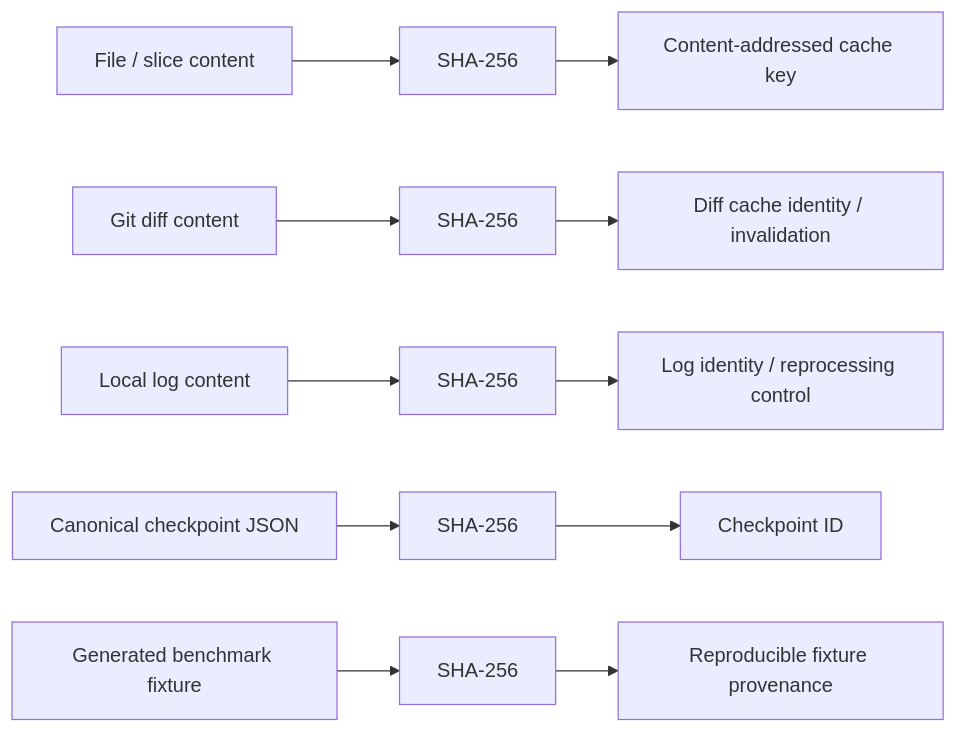
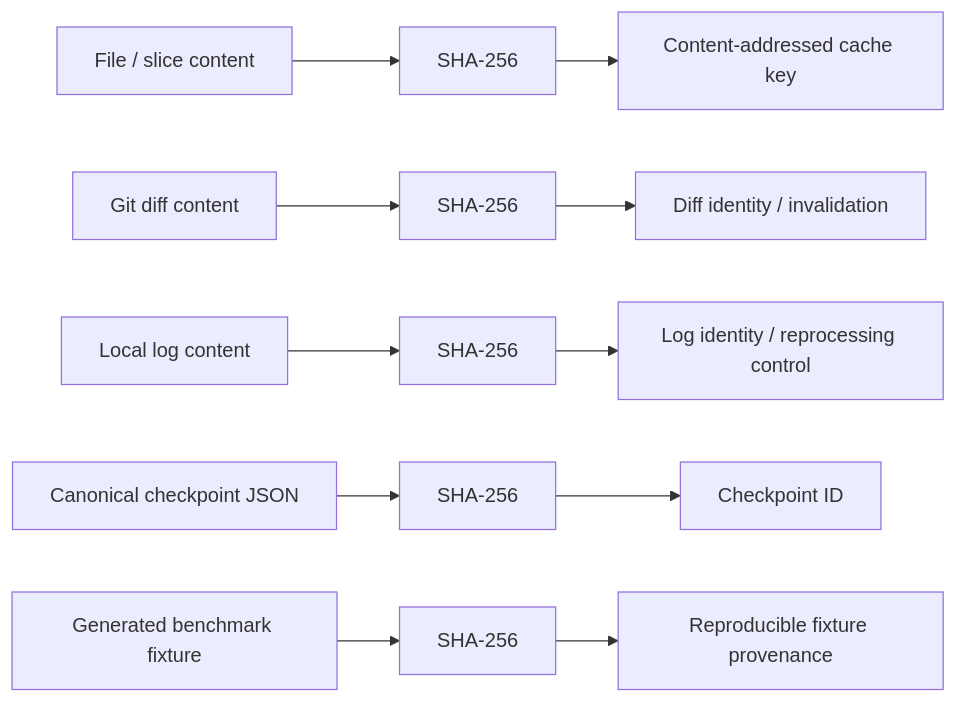
The third of 5 diagrams in README.md (ProfRandom92/comptext-conductor-max), drawn with Mermaid before and after one commit. The commit also changed other lines of this file, not shown here.

````diff
--- a/README.md
+++ b/README.md
@@ -161,17 +174,17 @@
 ```mermaid
 flowchart LR
     FILE["File / slice content"] --> FH["SHA-256"]
     FH --> CACHE["Content-addressed cache key"]
 
     DIFF["Git diff content"] --> DH["SHA-256"]
-    DH --> DINV["Diff cache identity / invalidation"]
+    DH --> DINV["Diff identity / invalidation"]
 
     LOG["Local log content"] --> LH["SHA-256"]
     LH --> LINV["Log identity / reprocessing control"]
 
     STATE["Canonical checkpoint JSON"] --> CH["SHA-256"]
     CH --> CID["Checkpoint ID"]
 
     FIX["Generated benchmark fixture"] --> BH["SHA-256"]
     BH --> PROOF["Reproducible fixture provenance"]
 ```
````
